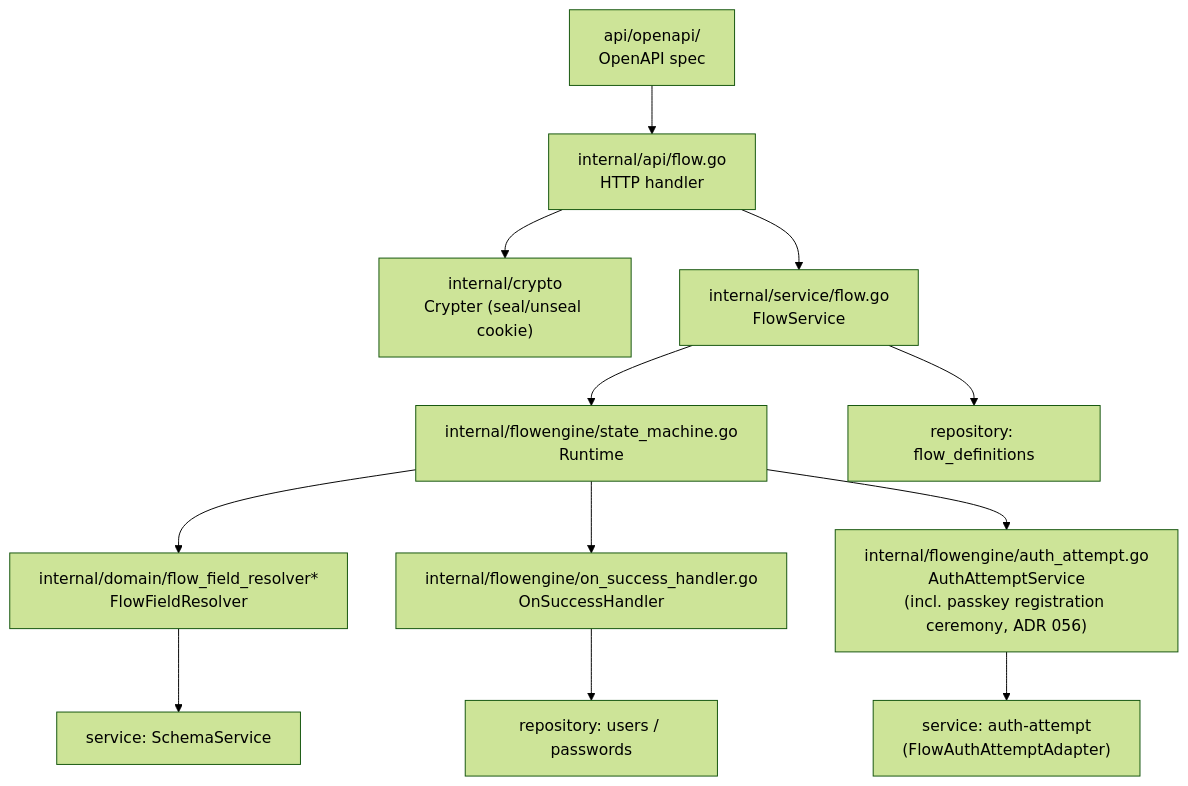
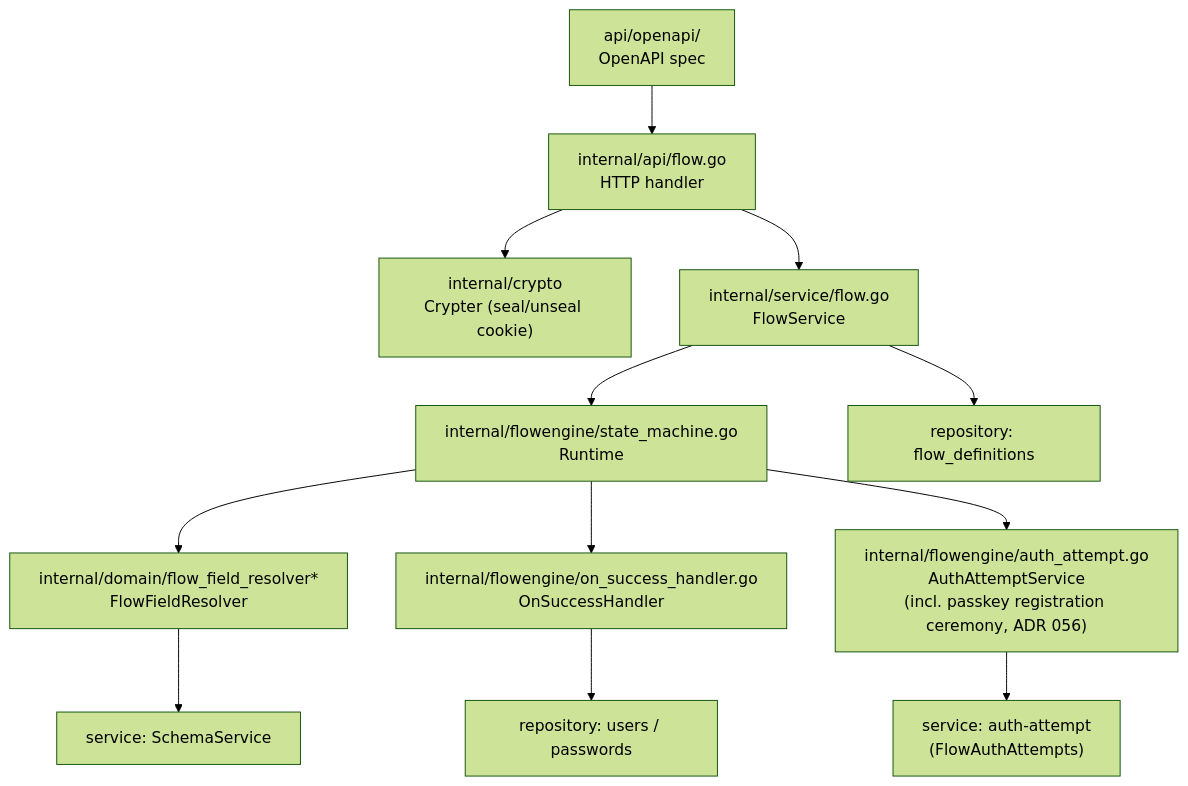
One commit to zitadel/nextgen changed the first of 2 diagrams in docs/design/flowengine/architecture.md. Above: the diagram before and after it, drawn with Mermaid (forest theme). The commit also changed other lines of this file and 15 other files, not shown here.

First line of the commit message:
refactor(api): tidy the flow engine after review

````diff
--- a/docs/design/flowengine/architecture.md
+++ b/docs/design/flowengine/architecture.md
@@ -12,28 +12,28 @@
 ```mermaid
 graph TD
     OpenAPI["api/openapi/<br>OpenAPI spec"]
     Handler["internal/api/flow.go<br>HTTP handler"]
     Crypter["internal/crypto<br>Crypter (seal/unseal cookie)"]
     Service["internal/service/flow.go<br>FlowService"]
     SM["internal/flowengine/state_machine.go<br>Runtime"]
     FR["internal/domain/flow_field_resolver*<br>FlowFieldResolver"]
     OS["internal/flowengine/on_success_handler.go<br>OnSuccessHandler"]
     AA["internal/flowengine/auth_attempt.go<br>AuthAttemptService<br>(incl. passkey registration ceremony, ADR 056)"]
 
-    AAImpl["service: auth-attempt<br>(FlowAuthAttemptAdapter)"]
+    AAImpl["service: auth-attempt<br>(FlowAuthAttempts)"]
     Repo["repository: flow_definitions"]
     UserRepo["repository: users / passwords"]
     Schema["service: SchemaService"]
 
     OpenAPI --> Handler
     Handler --> Crypter
     Handler --> Service
     Service --> SM
     SM --> FR
     SM --> OS
     SM --> AA
     Service --> Repo
     FR --> Schema
     OS --> UserRepo
     AA --> AAImpl
 ```
````
